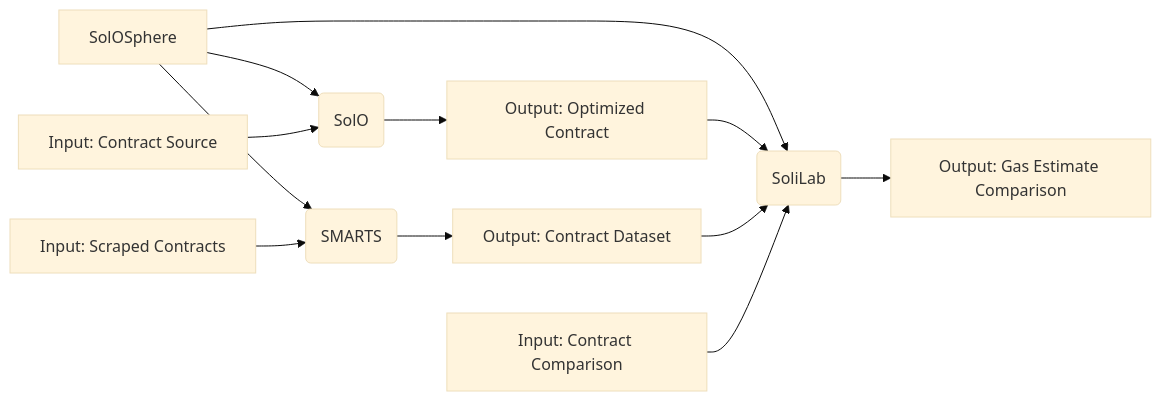
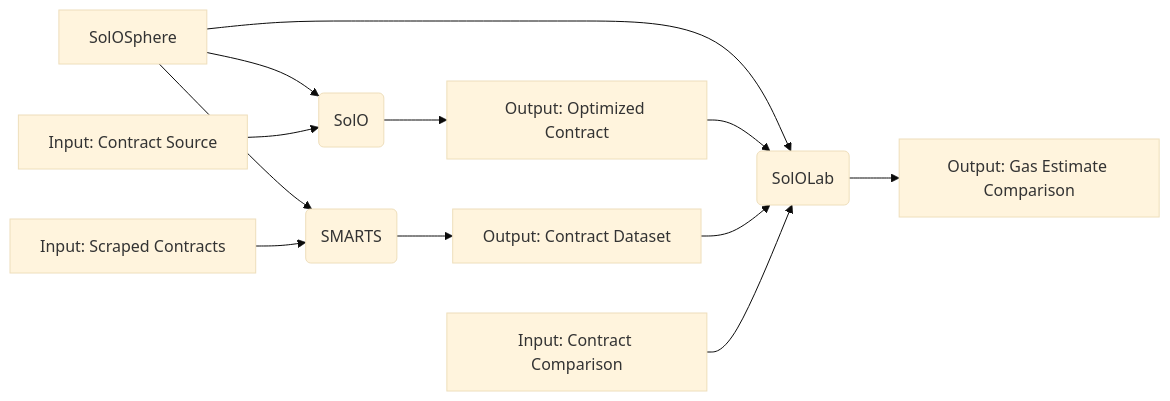
Before and after one commit to sourenaKhanzadeh/SolOSphereS: the first of 4 diagrams in slides.md, drawn with Mermaid (base theme). The commit also changed other lines of this file, not shown here.

Commit message:
SolO patterns overview

````diff
--- a/slides.md
+++ b/slides.md
@@ -49,17 +49,17 @@
 ```mermaid
 graph LR
   A[SolOSphere] --> B(SolO)
   A --> C(SMARTS)
-  A --> D(SoliLab)
+  A --> D(SolOLab)
 
   input1[Input: Contract Source] --> B
   B --> output1[Output: Optimized Contract]
   output1 --> D
 
   input2[Input: Scraped Contracts] --> C
   C --> output2[Output: Contract Dataset]
   output2 --> D
 
   input3[Input: Contract Comparison] --> D
   D --> output3[Output: Gas Estimate Comparison]
 ```
````
